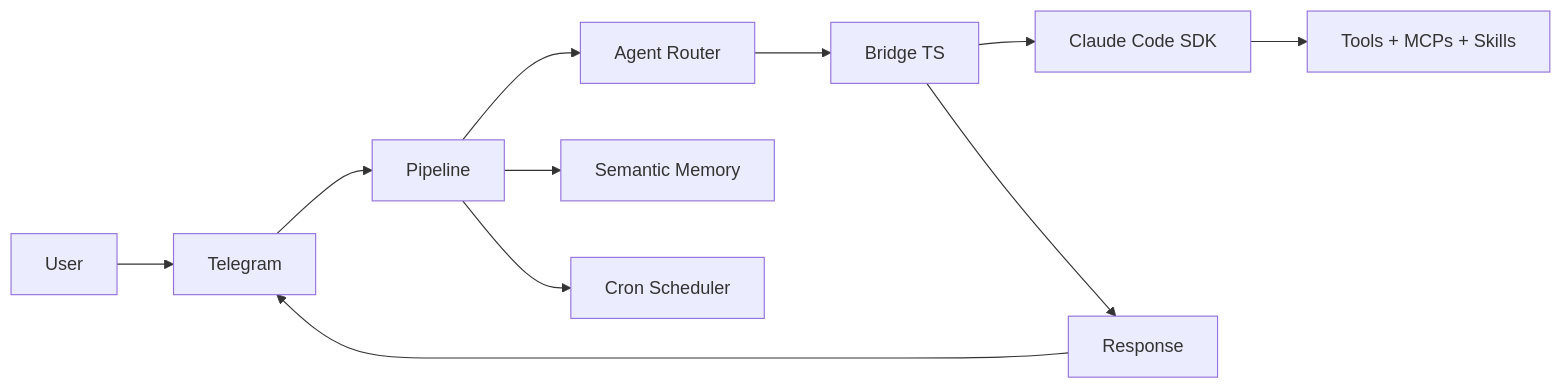
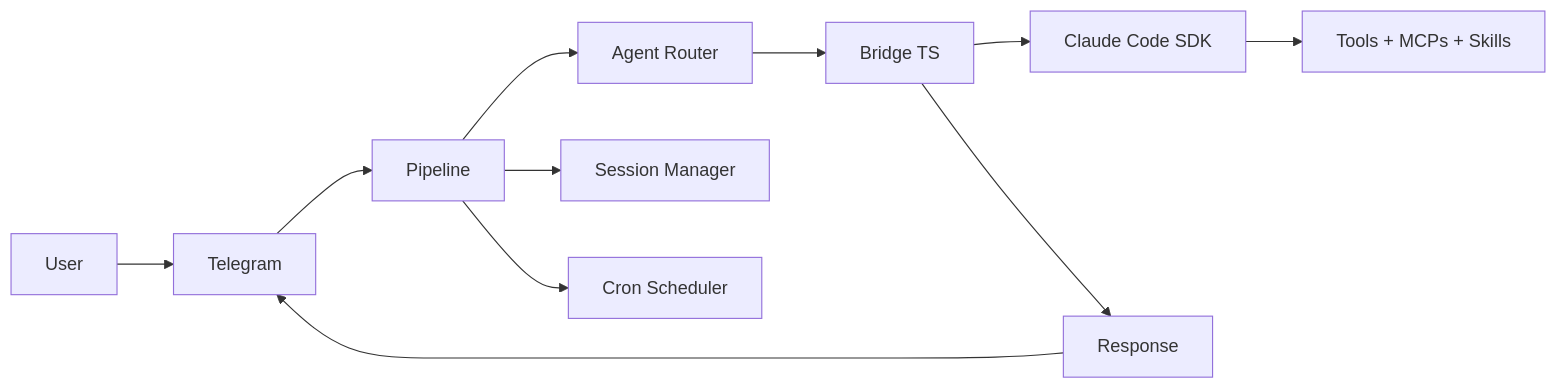
The diagram in README.md (Lordymine/aurelia), drawn with Mermaid before and after one commit. The commit also changed other lines of this file and 2 other files, not shown here.

First line of the commit message:
docs: update documentation to reflect memory system removal

````diff
--- a/README.md
+++ b/README.md
@@ -67,13 +65,13 @@
 ```mermaid
 flowchart LR
     U[User] --> T[Telegram]
     T --> P[Pipeline]
     P --> R[Agent Router]
     R --> B[Bridge TS]
     B --> SDK[Claude Code SDK]
     SDK --> TOOLS[Tools + MCPs + Skills]
-    P --> MEM[Semantic Memory]
+    P --> SESS[Session Manager]
     P --> CRON[Cron Scheduler]
     B --> RES[Response]
     RES --> T
 ```
````
